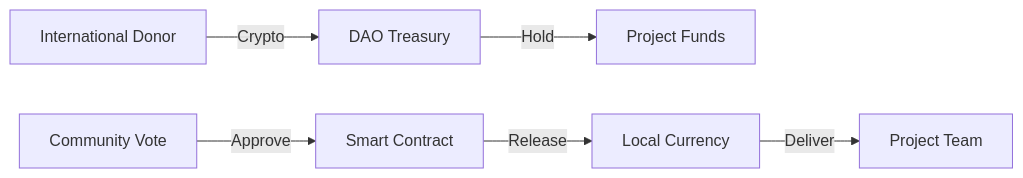
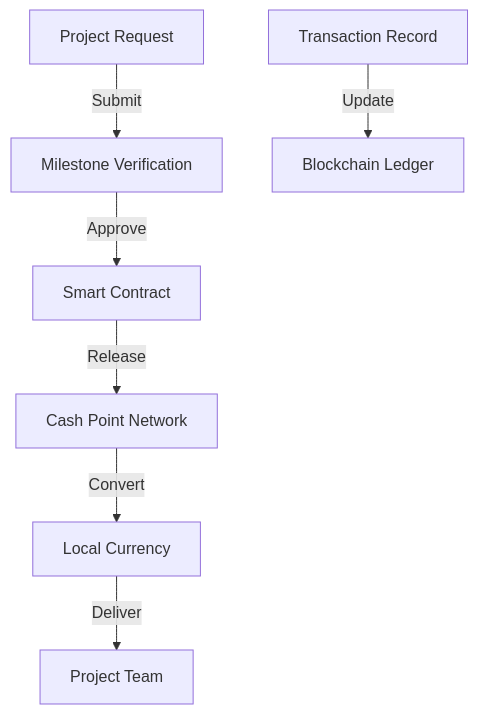
Before and after one commit to tapilew/equilibrio-alpha: the third of 8 diagrams in README.md, drawn with Mermaid. The commit also changed other lines of this file, not shown here.

````diff
--- a/README.md
+++ b/README.md
@@ -75,8 +115,9 @@
    ```mermaid
-   graph LR
-       A[International Donor] -->|Crypto| B[DAO Treasury]
-       B -->|Hold| C[Project Funds]
-       D[Community Vote] -->|Approve| E[Smart Contract]
-       E -->|Release| F[Local Currency]
-       F -->|Deliver| G[Project Team]
+   graph TD
+       A[Project Request] -->|Submit| B[Milestone Verification]
+       B -->|Approve| C[Smart Contract]
+       C -->|Release| D[Cash Point Network]
+       D -->|Convert| E[Local Currency]
+       E -->|Deliver| F[Project Team]
+       G[Transaction Record] -->|Update| H[Blockchain Ledger]
    ```
````
